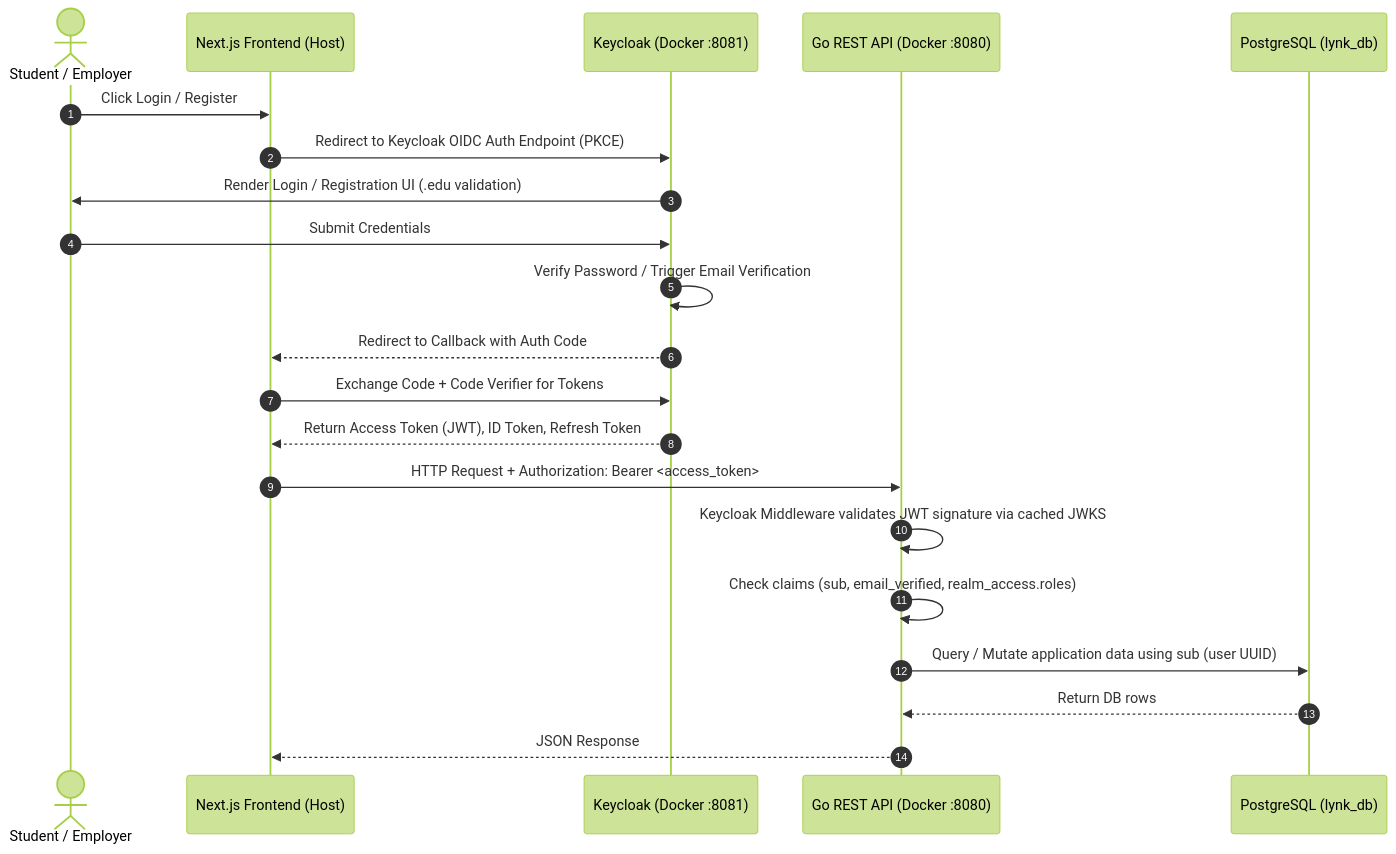
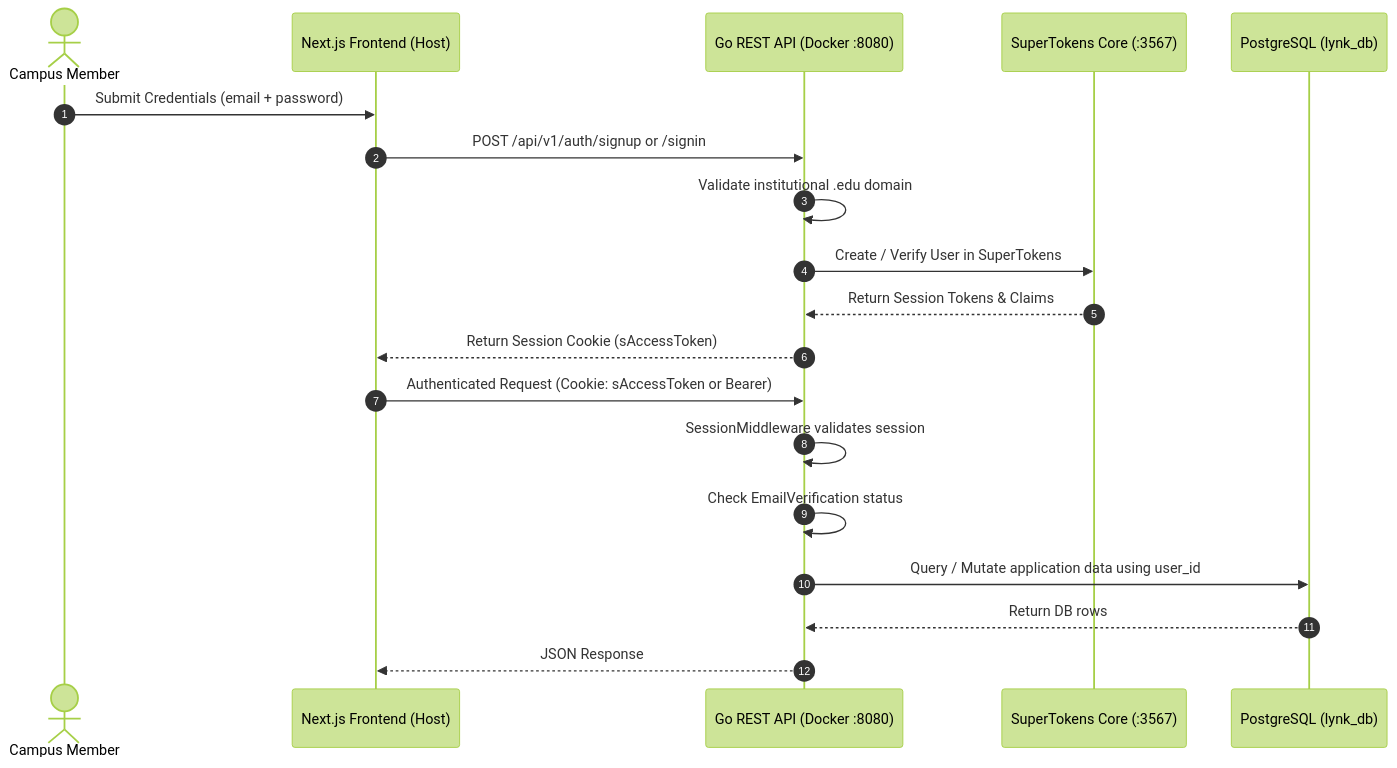
One commit to BIJJUDAMA/Lynk changed the second of 4 diagrams in docs/architecture.md. Above: the diagram before and after it, drawn with Mermaid (forest theme). The commit also changed other lines of this file and 2 other files, not shown here.

Commit message:
docs: update system architecture, readme, and environment template

````diff
--- a/docs/architecture.md
+++ b/docs/architecture.md
@@ -127,25 +122,23 @@
 ```mermaid
 sequenceDiagram
     autonumber
-    actor User as Student / Employer
+    actor User as Campus Member
     participant Next as Next.js Frontend (Host)
-    participant KC as Keycloak (Docker :8081)
     participant API as Go REST API (Docker :8080)
+    participant ST as SuperTokens Core (:3567)
     participant PG as PostgreSQL (lynk_db)
 
-    User->>Next: Click Login / Register
-    Next->>KC: Redirect to Keycloak OIDC Auth Endpoint (PKCE)
-    KC->>User: Render Login / Registration UI (.edu validation)
-    User->>KC: Submit Credentials
-    KC->>KC: Verify Password / Trigger Email Verification
-    KC-->>Next: Redirect to Callback with Auth Code
-    Next->>KC: Exchange Code + Code Verifier for Tokens
-    KC-->>Next: Return Access Token (JWT), ID Token, Refresh Token
+    User->>Next: Submit Credentials (email + password)
+    Next->>API: POST /api/v1/auth/signup or /signin
+    API->>API: Validate institutional .edu domain
+    API->>ST: Create / Verify User in SuperTokens
+    ST-->>API: Return Session Tokens & Claims
+    API-->>Next: Return Session Cookie (sAccessToken)
     
-    Next->>API: HTTP Request + Authorization: Bearer <access_token>
-    API->>API: Keycloak Middleware validates JWT signature via cached JWKS
-    API->>API: Check claims (sub, email_verified, realm_access.roles)
-    API->>PG: Query / Mutate application data using sub (user UUID)
+    Next->>API: Authenticated Request (Cookie: sAccessToken or Bearer)
+    API->>API: SessionMiddleware validates session
+    API->>API: Check EmailVerification status
+    API->>PG: Query / Mutate application data using user_id
     PG-->>API: Return DB rows
     API-->>Next: JSON Response
 ```
````
